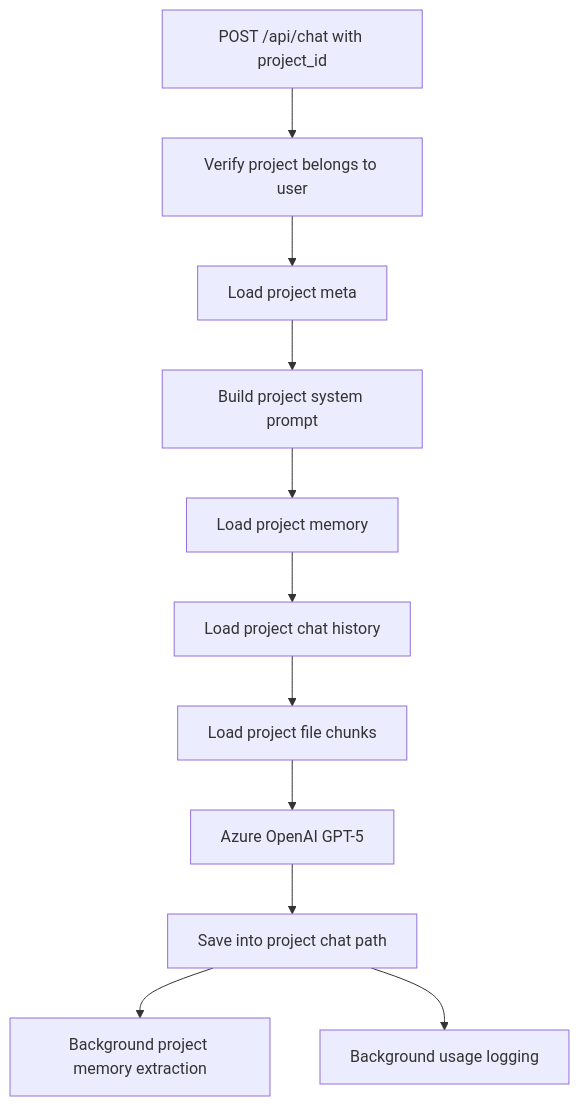
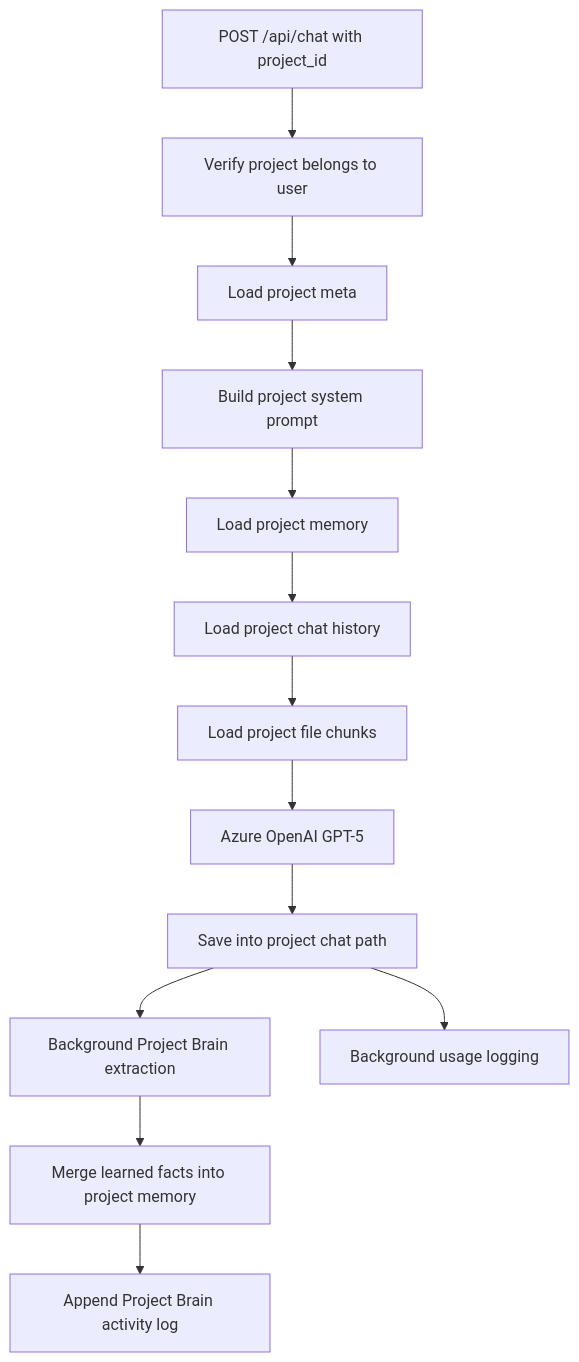
Before and after one commit to Hanan899/NeuralChat: the third of 8 diagrams in NeuralChat/docs/ARCHITECTURE.md, drawn with Mermaid. The commit also changed other lines of this file and 19 other files, not shown here.

Commit message:
Project Brain extracts and injects isolated memory per project

````diff
--- a/NeuralChat/docs/ARCHITECTURE.md
+++ b/NeuralChat/docs/ARCHITECTURE.md
@@ -141,13 +142,15 @@
 ```mermaid
 flowchart TD
   A["POST /api/chat with project_id"] --> B["Verify project belongs to user"]
   B --> C["Load project meta"]
   C --> D["Build project system prompt"]
   D --> E["Load project memory"]
   E --> F["Load project chat history"]
   F --> G["Load project file chunks"]
   G --> H["Azure OpenAI GPT-5"]
   H --> I["Save into project chat path"]
-  I --> J["Background project memory extraction"]
+  I --> J["Background Project Brain extraction"]
   I --> K["Background usage logging"]
+  J --> L["Merge learned facts into project memory"]
+  L --> M["Append Project Brain activity log"]
 ```
````
